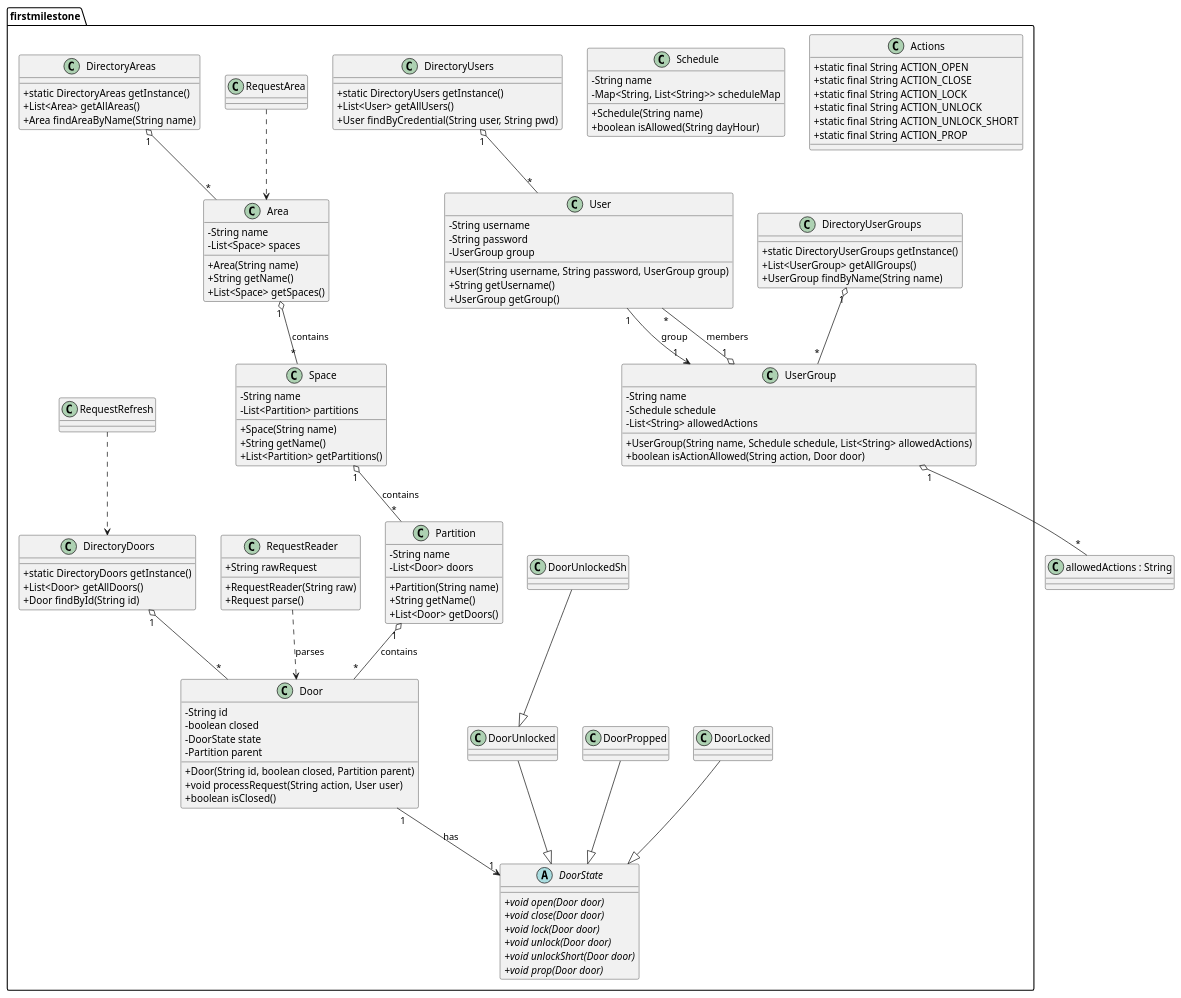
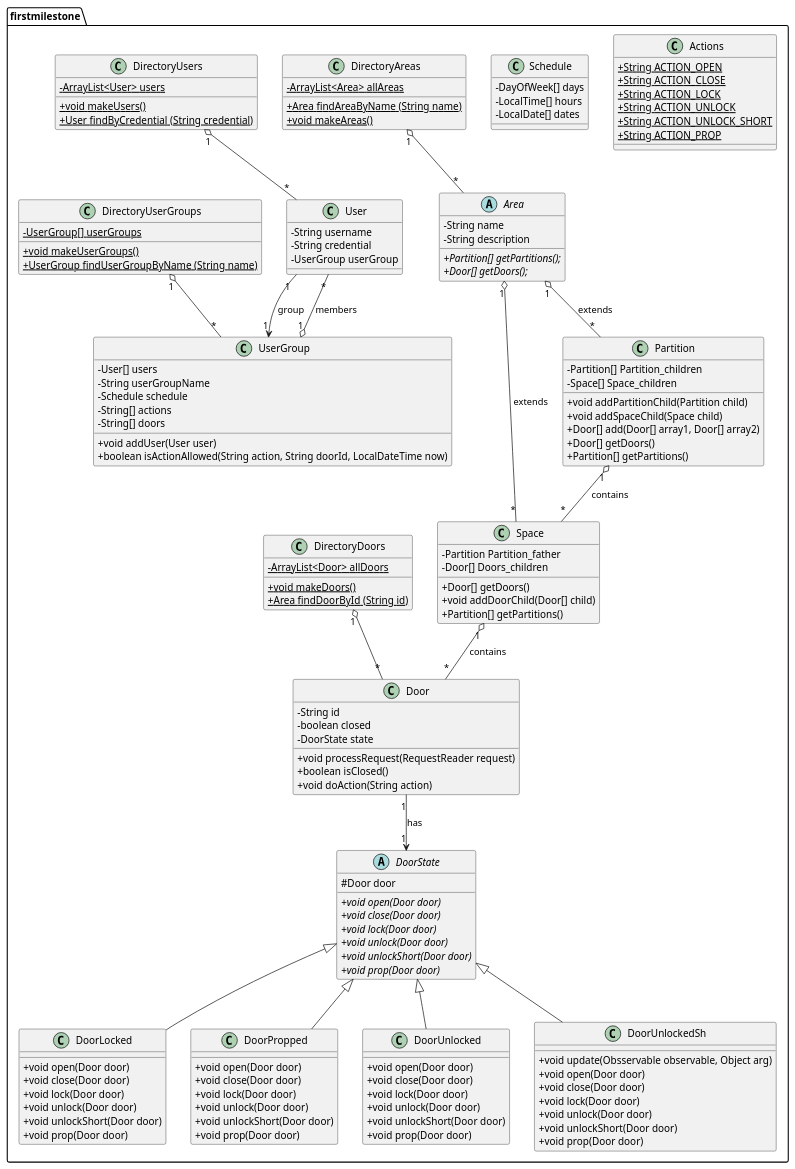
One commit to WhiteShout/ACS_DSW_F changed the diagram in src/baseNoStates/firstmilestone/firstMilestone_generated.puml. Above: the diagram before and after it, drawn with PlantUML. The commit also changed 1 other file, not shown here.

```diff
--- a/src/baseNoStates/firstmilestone/firstMilestone_generated.puml
+++ b/src/baseNoStates/firstmilestone/firstMilestone_generated.puml
@@ -1,148 +1,165 @@
 @startuml firstMilestoneDiagram
 ' PlantUML generated class diagram for package: src/baseNoStates/firstmilestone
 ' Generated: 2025-10-19
 skinparam classAttributeIconSize 0
 
 package "firstmilestone" {
 
   class Actions {
-    +static final String ACTION_OPEN
-    +static final String ACTION_CLOSE
-    +static final String ACTION_LOCK
-    +static final String ACTION_UNLOCK
-    +static final String ACTION_UNLOCK_SHORT
-    +static final String ACTION_PROP
+    {static} + String ACTION_OPEN
+    {static} + String ACTION_CLOSE
+    {static} + String ACTION_LOCK
+    {static} + String ACTION_UNLOCK
+    {static} + String ACTION_UNLOCK_SHORT
+    {static} + String ACTION_PROP
   }
 
-  class Area {
+  abstract Area {
     -String name
-    -List<Space> spaces
-    +Area(String name)
-    +String getName()
-    +List<Space> getSpaces()
+    -String description
+    {abstract} +Partition[] getPartitions();
+    {abstract} +Door[] getDoors();
   }
 
   class Space {
-    -String name
-    -List<Partition> partitions
-    +Space(String name)
-    +String getName()
-    +List<Partition> getPartitions()
+    -Partition Partition_father
+    -Door[] Doors_children
+    +Door[] getDoors()
+    +void addDoorChild(Door[] child)
+    +Partition[] getPartitions()
   }
 
   class Partition {
-    -String name
-    -List<Door> doors
-    +Partition(String name)
-    +String getName()
-    +List<Door> getDoors()
+    -Partition[] Partition_children
+    -Space[] Space_children
+    +void addPartitionChild(Partition child)
+    +void addSpaceChild(Space child)
+    +Door[] add(Door[] array1, Door[] array2)
+    +Door[] getDoors()
+    +Partition[] getPartitions()
   }
 
   class Schedule {
-    -String name
-    -Map<String, List<String>> scheduleMap
-    +Schedule(String name)
-    +boolean isAllowed(String dayHour)
+    -DayOfWeek[] days
+    -LocalTime[] hours
+    -LocalDate[] dates
   }
 
   class User {
     -String username
-    -String password
-    -UserGroup group
-    +User(String username, String password, UserGroup group)
-    +String getUsername()
-    +UserGroup getGroup()
+    -String credential
+    -UserGroup userGroup
   }
 
   class UserGroup {
-    -String name
+    -User[] users
+    -String userGroupName
     -Schedule schedule
-    -List<String> allowedActions
-    +UserGroup(String name, Schedule schedule, List<String> allowedActions)
-    +boolean isActionAllowed(String action, Door door)
+    -String[] actions
+    -String[] doors
+    
+    +void addUser(User user)
+    +boolean isActionAllowed(String action, String doorId, LocalDateTime now)
   }
 
   class Door {
     -String id
     -boolean closed
     -DoorState state
-    -Partition parent
-    +Door(String id, boolean closed, Partition parent)
-    +void processRequest(String action, User user)
+   
+    +void processRequest(RequestReader request)
     +boolean isClosed()
+    +void doAction(String action)
+
   }
 
   abstract class DoorState {
+    #  Door door
     {abstract} +void open(Door door)
     {abstract} +void close(Door door)
     {abstract} +void lock(Door door)
     {abstract} +void unlock(Door door)
     {abstract} +void unlockShort(Door door)
     {abstract} +void prop(Door door)
   }
 
-  class DoorLocked
-  class DoorPropped
-  class DoorUnlocked
-  class DoorUnlockedSh
+  class DoorLocked{
+    +void open(Door door)
+    +void close(Door door)
+    +void lock(Door door)
+    +void unlock(Door door)
+    +void unlockShort(Door door)
+    +void prop(Door door)
+    }
+  class DoorPropped{
+    +void open(Door door)
+    +void close(Door door)
+    +void lock(Door door)
+    +void unlock(Door door)
+    +void unlockShort(Door door)
+    +void prop(Door door)
+    }
+  class DoorUnlocked{
+    +void open(Door door)
+    +void close(Door door)
+    +void lock(Door door)
+    +void unlock(Door door)
+    +void unlockShort(Door door)
+    +void prop(Door door)
+    }
 
-  ' Requests-related helper classes (not exhaustive)
-  class RequestReader {
-    +String rawRequest
-    +RequestReader(String raw)
-    +Request parse()
-  }
-
-  class RequestArea
-  class RequestRefresh
+  class DoorUnlockedSh{
+    +void update(Obsservable observable, Object arg)
+    +void open(Door door)
+    +void close(Door door)
+    +void lock(Door door)
+    +void unlock(Door door)
+    +void unlockShort(Door door)
+    +void prop(Door door)
+    }
 
   ' Directory singletons
   class DirectoryAreas {
-    +static DirectoryAreas getInstance()
-    +List<Area> getAllAreas()
-    +Area findAreaByName(String name)
+    {static} - ArrayList<Area> allAreas 
+    {static} + Area findAreaByName (String name)
+    {static} + void makeAreas()
   }
 
   class DirectoryDoors {
-    +static DirectoryDoors getInstance()
-    +List<Door> getAllDoors()
-    +Door findById(String id)
+    {static} - ArrayList<Door> allDoors 
+    {static} + void makeDoors()
+    {static} + Area findDoorById (String id)
   }
 
   class DirectoryUsers {
-    +static DirectoryUsers getInstance()
-    +List<User> getAllUsers()
-    +User findByCredential(String user, String pwd)
+    {static} - ArrayList<User> users
+    {static} + void makeUsers()
+    {static} + User findByCredential (String credential)
   }
 
   class DirectoryUserGroups {
-    +static DirectoryUserGroups getInstance()
-    +List<UserGroup> getAllGroups()
-    +UserGroup findByName(String name)
+    {static} - UserGroup[] userGroups
+    {static} + void makeUserGroups()
+    {static} + UserGroup findUserGroupByName (String name)
   }
 
 }
 
 ' Relationships
 UserGroup "1" o-- "*" User : members
-UserGroup "1" o-- "*" "allowedActions : String"
 User "1" --> "1" UserGroup : group
-Area "1" o-- "*" Space : contains
-Space "1" o-- "*" Partition : contains
-Partition "1" o-- "*" Door : contains
+Area "1" o-- "*" Space : extends
+Partition "1" o-- "*" Space : contains
+Space "1" o-- "*" Door : contains
+Area "1" o-- "*" Partition : extends
 Door "1" --> "1" DoorState : has
-DoorUnlockedSh --|> DoorUnlocked
-DoorUnlocked --|> DoorState
-DoorLocked --|> DoorState
-DoorPropped --|> DoorState
+DoorUnlockedSh -u-|>  DoorState
+DoorUnlocked -u-|> DoorState
+DoorLocked -u-|> DoorState
+DoorPropped -u-|> DoorState
 DirectoryAreas "1" o-- "*" Area
 DirectoryDoors "1" o-- "*" Door
 DirectoryUsers "1" o-- "*" User
 DirectoryUserGroups "1" o-- "*" UserGroup
 
-' Requests
-RequestReader ..> Door : parses
-RequestArea ..> Area
-RequestRefresh ..> DirectoryDoors
-
 @enduml
```
